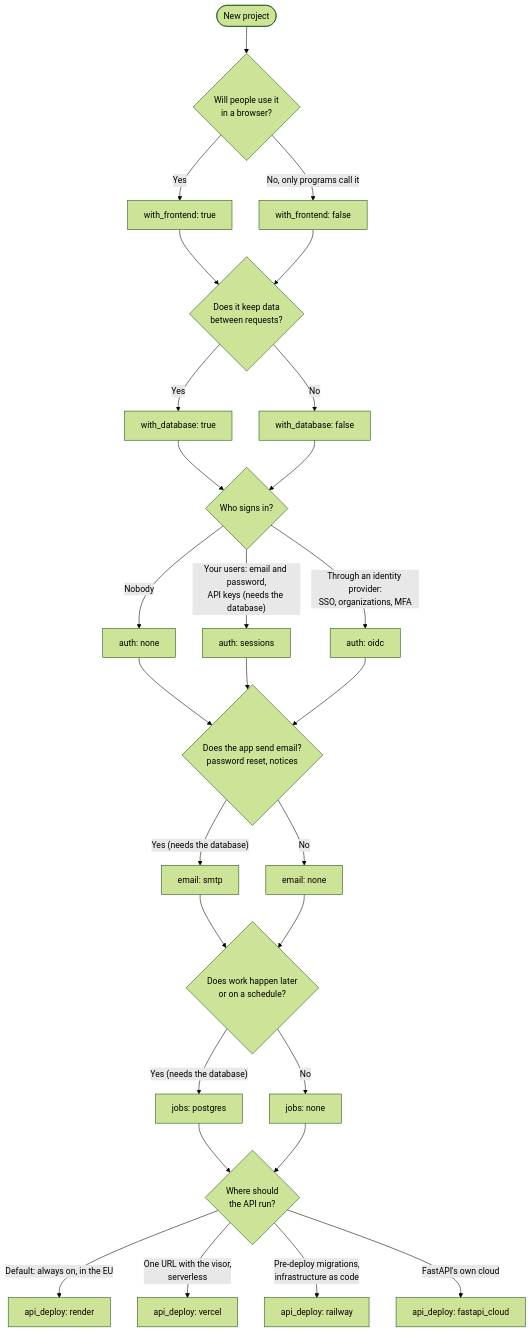
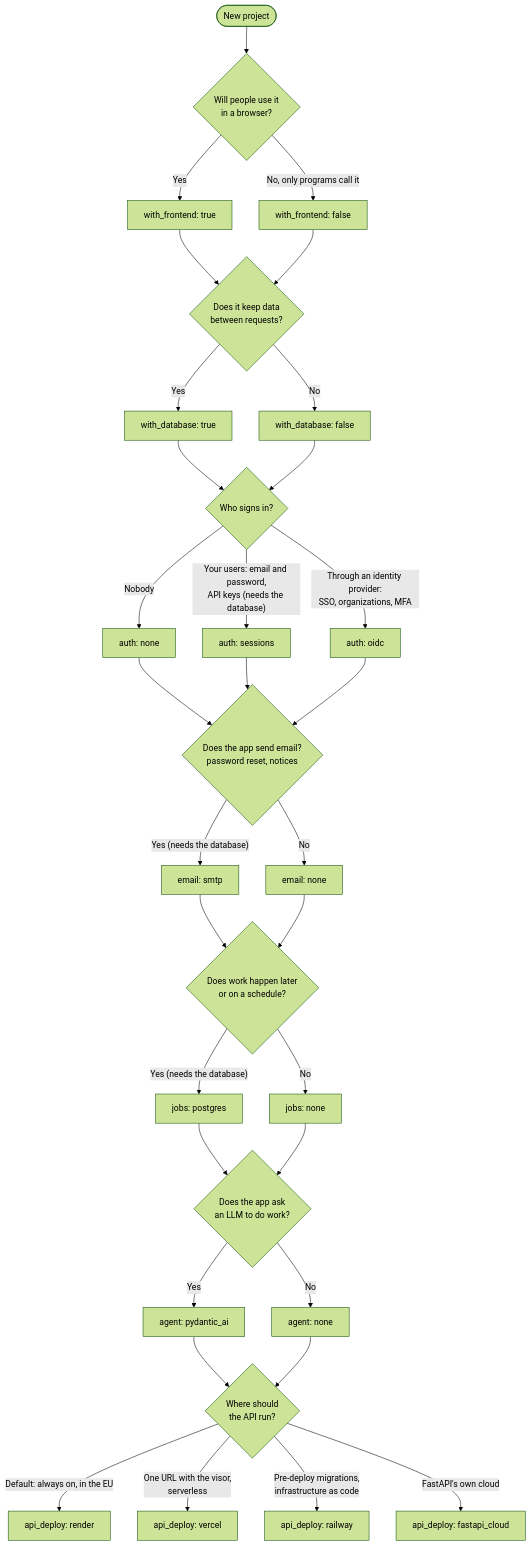
Before and after one commit to ebotiab/full-stack-blueprint: the diagram in docs/choosing-your-options.md, drawn with Mermaid (forest theme). The commit also changed other lines of this file and 23 other files, not shown here.

First line of the commit message:
A new answer, agent=pydantic_ai, adds a Pydantic AI agent behind POST /api/agent (#60)

````diff
--- a/docs/choosing-your-options.md
+++ b/docs/choosing-your-options.md
@@ -31,30 +32,34 @@
 ```mermaid
 flowchart TD
     start([New project]) --> ui{Will people use it<br/>in a browser?}
     ui -- Yes --> fe[with_frontend: true]
     ui -- "No, only programs call it" --> nofe[with_frontend: false]
     fe --> data{Does it keep data<br/>between requests?}
     nofe --> data
     data -- Yes --> db[with_database: true]
     data -- No --> nodb[with_database: false]
     db --> who{Who signs in?}
     nodb --> who
     who -- Nobody --> none[auth: none]
     who -- "Your users: email and password,<br/>API keys (needs the database)" --> sessions[auth: sessions]
     who -- "Through an identity provider:<br/>SSO, organizations, MFA" --> oidc[auth: oidc]
     none --> mail{Does the app send email?<br/>password reset, notices}
     sessions --> mail
     oidc --> mail
     mail -- "Yes (needs the database)" --> smtp[email: smtp]
     mail -- No --> nomail[email: none]
     smtp --> later{Does work happen later<br/>or on a schedule?}
     nomail --> later
     later -- "Yes (needs the database)" --> jobs[jobs: postgres]
     later -- No --> nojobs[jobs: none]
-    jobs --> where{Where should<br/>the API run?}
-    nojobs --> where
+    jobs --> llm{Does the app ask<br/>an LLM to do work?}
+    nojobs --> llm
+    llm -- Yes --> agent[agent: pydantic_ai]
+    llm -- No --> noagent[agent: none]
+    agent --> where{Where should<br/>the API run?}
+    noagent --> where
     where -- "Default: always on, in the EU" --> render[api_deploy: render]
     where -- "One URL with the visor,<br/>serverless" --> vercel[api_deploy: vercel]
     where -- "Pre-deploy migrations,<br/>infrastructure as code" --> railway[api_deploy: railway]
     where -- "FastAPI's own cloud" --> fc[api_deploy: fastapi_cloud]
 ```
````
